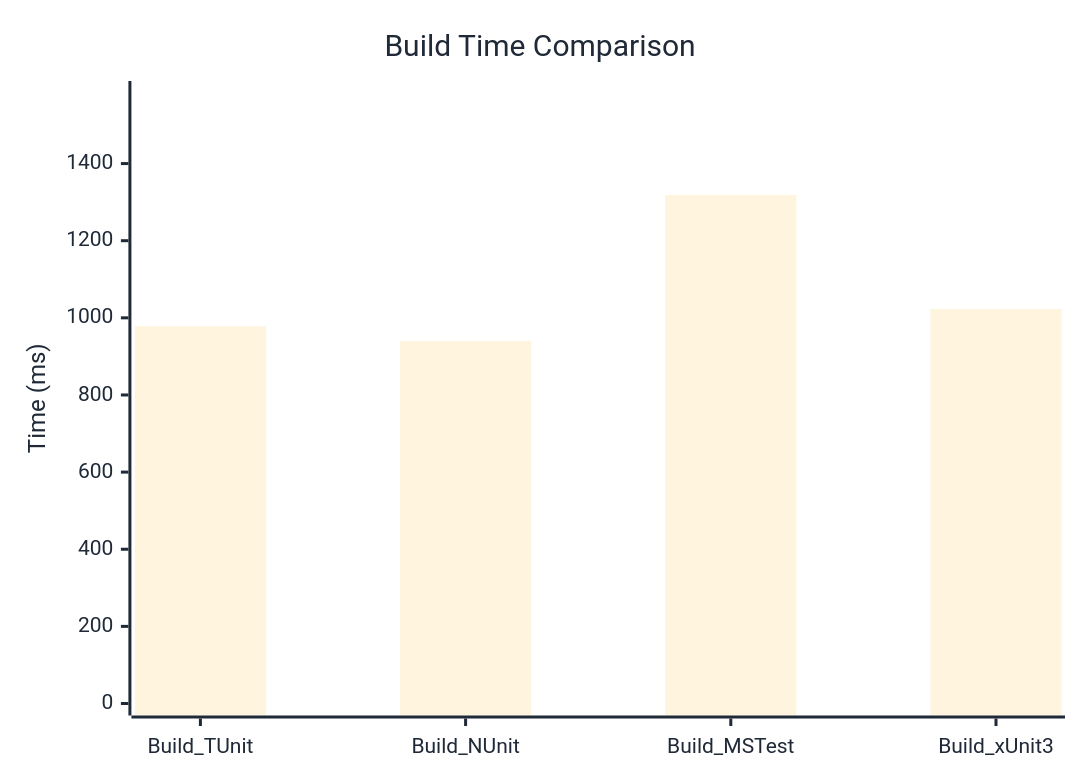
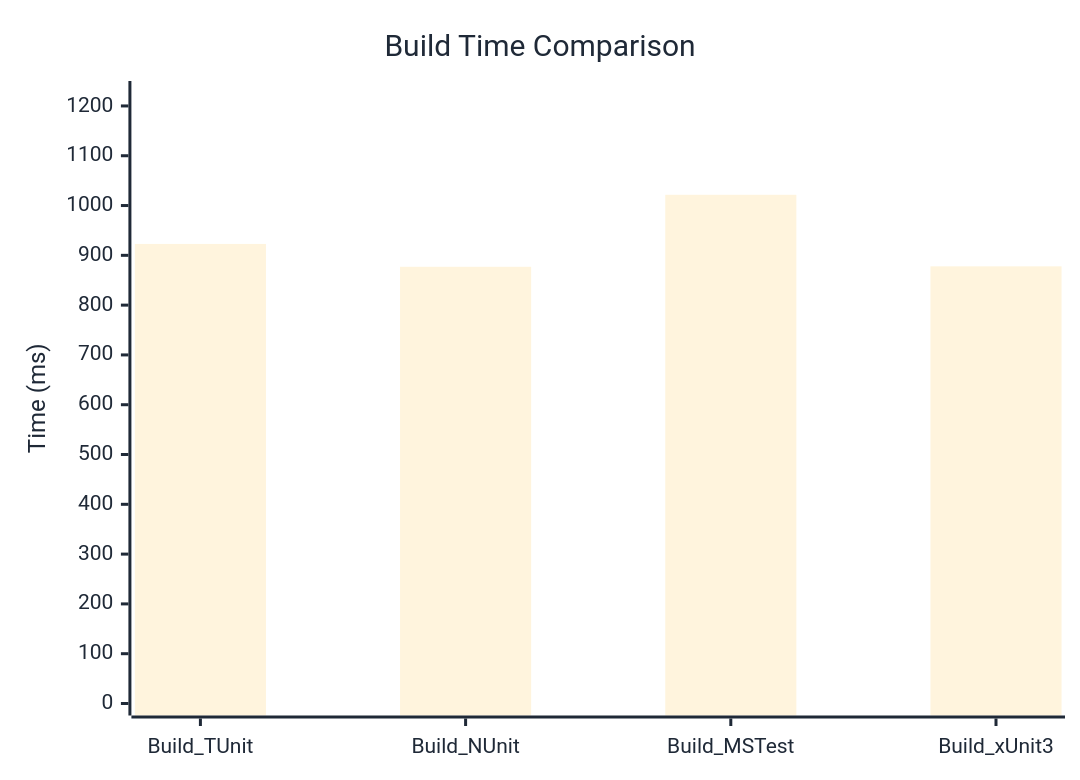
One commit to thomhurst/TUnit changed the diagram in docs/docs/benchmarks/engine/BuildTime.md. Above: the diagram before and after it, drawn with Mermaid. The commit also changed other lines of this file and 18 other files, not shown here.

````diff
--- a/docs/docs/benchmarks/engine/BuildTime.md
+++ b/docs/docs/benchmarks/engine/BuildTime.md
@@ -30,37 +30,37 @@
 ```mermaid
 %%{init: {
   'theme':'base',
   'themeVariables': {
     'primaryColor': '#2563eb',
     'primaryTextColor': '#1f2937',
     'primaryBorderColor': '#1e40af',
     'lineColor': '#6b7280',
     'secondaryColor': '#7c3aed',
     'tertiaryColor': '#dc2626',
     'background': '#ffffff',
     'mainBkg': '#2563eb',
     'secondBkg': '#7c3aed',
     'tertiaryBkg': '#dc2626',
     'clusterBkg': '#f3f4f6',
     'edgeLabelBackground': '#ffffff',
     'tertiaryTextColor': '#1f2937',
     'pie1': '#2563eb',
     'pie2': '#7c3aed',
     'pie3': '#dc2626',
     'pie4': '#f59e0b',
     'pie5': '#10b981',
     'pie6': '#06b6d4',
     'pie7': '#ec4899',
     'pie8': '#6366f1',
     'pie9': '#84cc16',
     'pie10': '#f97316',
     'pie11': '#14b8a6',
     'pie12': '#a855f7'
   }
 }}%%
 xychart-beta
   title "Build Time Comparison"
   x-axis ["Build_TUnit", "Build_NUnit", "Build_MSTest", "Build_xUnit3"]
-  y-axis "Time (ms)" 0 --> 1583
-  bar [978.3, 939.9, 1318.7, 1022.9]
+  y-axis "Time (ms)" 0 --> 1226
+  bar [922.9, 877, 1021.6, 877.9]
 ```
````
